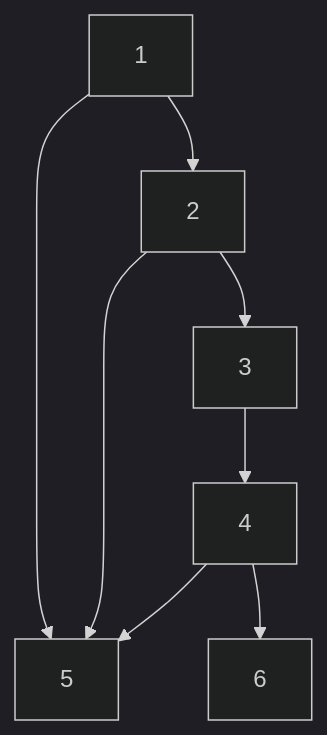
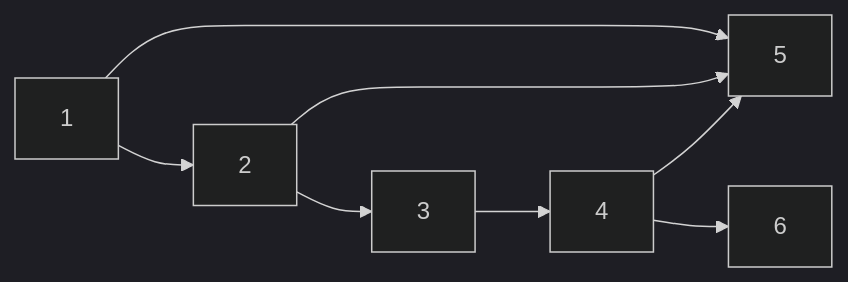
One commit to soku1203/soku1203.github.io changed the diagram in _posts/2022-04-21-Ford-Fulkerson Algorithm.md. Above: the diagram before and after it, drawn with Mermaid (dark theme).

Commit message:
2022-04-28

````diff
--- a/_posts/2022-04-21-Ford-Fulkerson Algorithm.md
+++ b/_posts/2022-04-21-Ford-Fulkerson Algorithm.md
@@ -28,16 +28,16 @@
 ```mermaid
-graph TB;
+graph LR;
     A[1]
     B[2]
     C[3]
     D[4]
     E[5]
     F[6]
     A-->B;
     A-->E;
     B-->E;
     B-->C;
     C-->D;
     D-->E;
     D-->F;
 ```
````
